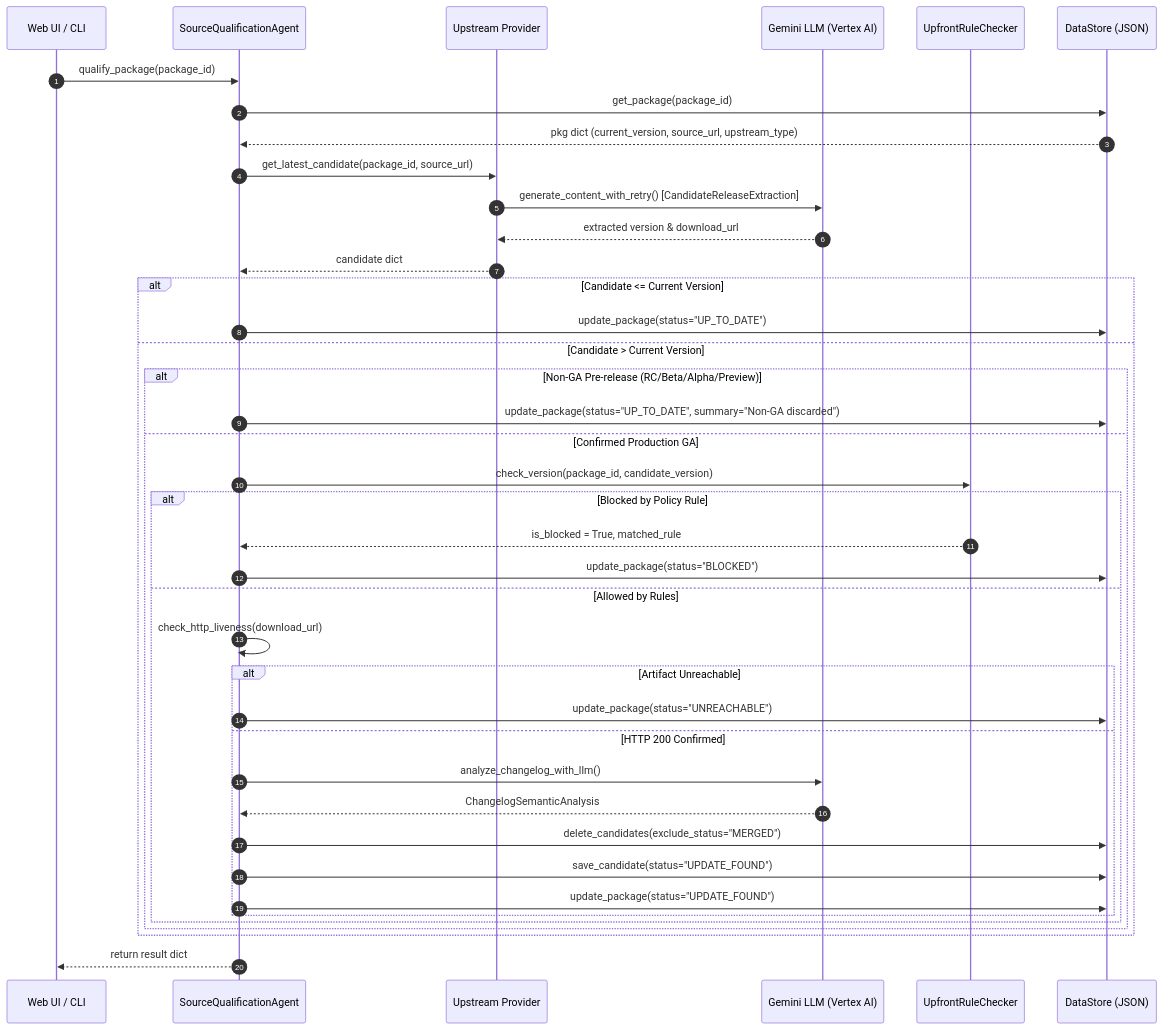
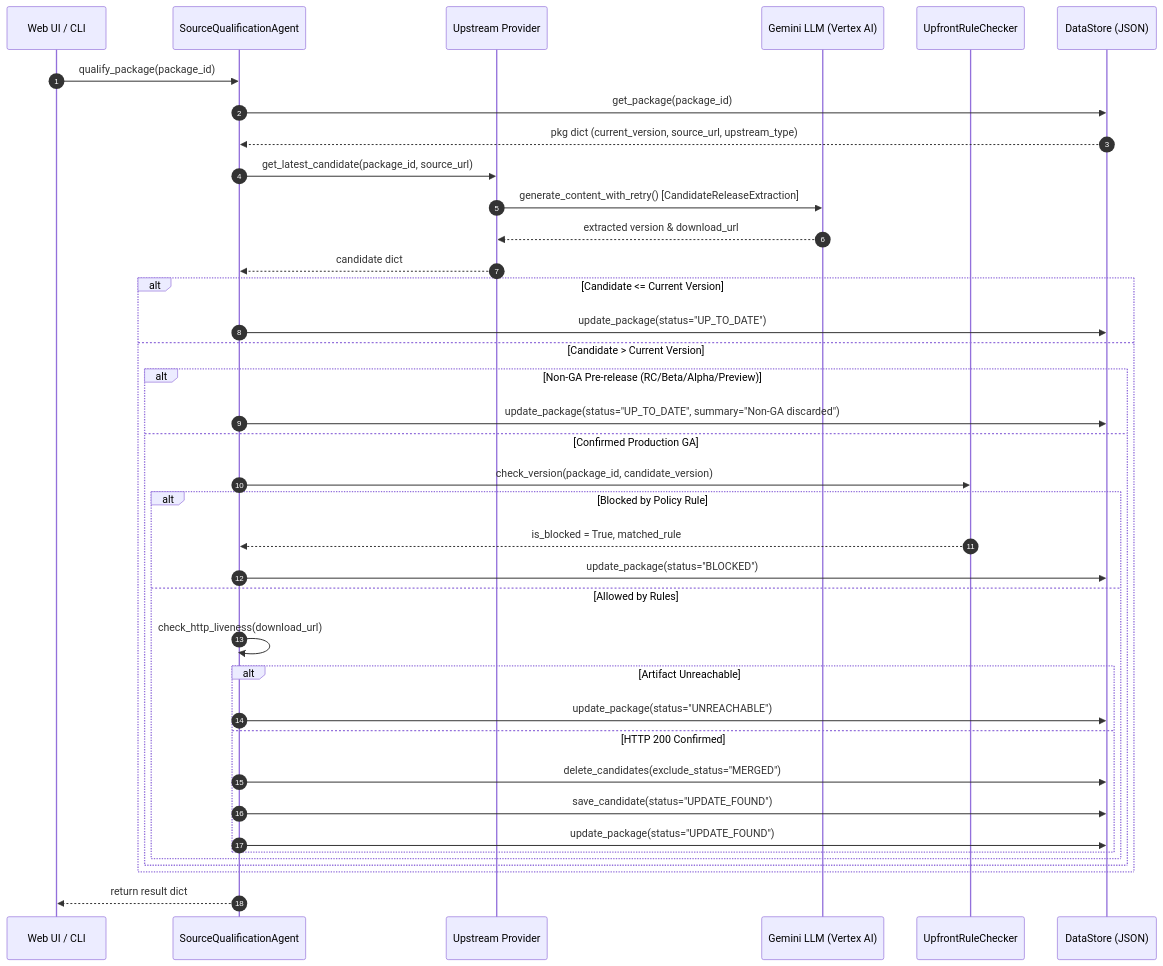
The second of 3 diagrams in tools/infra_updater/END_TO_END_FLOW.md (rahimkhan19/cluster-toolkit), drawn with Mermaid before and after one commit. The commit also changed other lines of this file and 19 other files, not shown here.

````diff
--- a/tools/infra_updater/END_TO_END_FLOW.md
+++ b/tools/infra_updater/END_TO_END_FLOW.md
@@ -109,44 +144,42 @@
 ```mermaid
 sequenceDiagram
     autonumber
     participant UI as Web UI / CLI
     participant SA as SourceQualificationAgent
     participant Prov as Upstream Provider
     participant LLM as Gemini LLM (Vertex AI)
     participant Rule as UpfrontRuleChecker
     participant DS as DataStore (JSON)
 
     UI->>SA: qualify_package(package_id)
     SA->>DS: get_package(package_id)
     DS-->>SA: pkg dict (current_version, source_url, upstream_type)
     SA->>Prov: get_latest_candidate(package_id, source_url)
     Prov->>LLM: generate_content_with_retry() [CandidateReleaseExtraction]
     LLM-->>Prov: extracted version & download_url
     Prov-->>SA: candidate dict
     
     alt Candidate <= Current Version
         SA->>DS: update_package(status="UP_TO_DATE")
     else Candidate > Current Version
         alt Non-GA Pre-release (RC/Beta/Alpha/Preview)
             SA->>DS: update_package(status="UP_TO_DATE", summary="Non-GA discarded")
         else Confirmed Production GA
             SA->>Rule: check_version(package_id, candidate_version)
             alt Blocked by Policy Rule
                 Rule-->>SA: is_blocked = True, matched_rule
                 SA->>DS: update_package(status="BLOCKED")
             else Allowed by Rules
                 SA->>SA: check_http_liveness(download_url)
                 alt Artifact Unreachable
                     SA->>DS: update_package(status="UNREACHABLE")
                 else HTTP 200 Confirmed
-                    SA->>LLM: analyze_changelog_with_llm()
-                    LLM-->>SA: ChangelogSemanticAnalysis
                     SA->>DS: delete_candidates(exclude_status="MERGED")
                     SA->>DS: save_candidate(status="UPDATE_FOUND")
                     SA->>DS: update_package(status="UPDATE_FOUND")
                 end
             end
         end
     end
     SA-->>UI: return result dict
 ```
````
